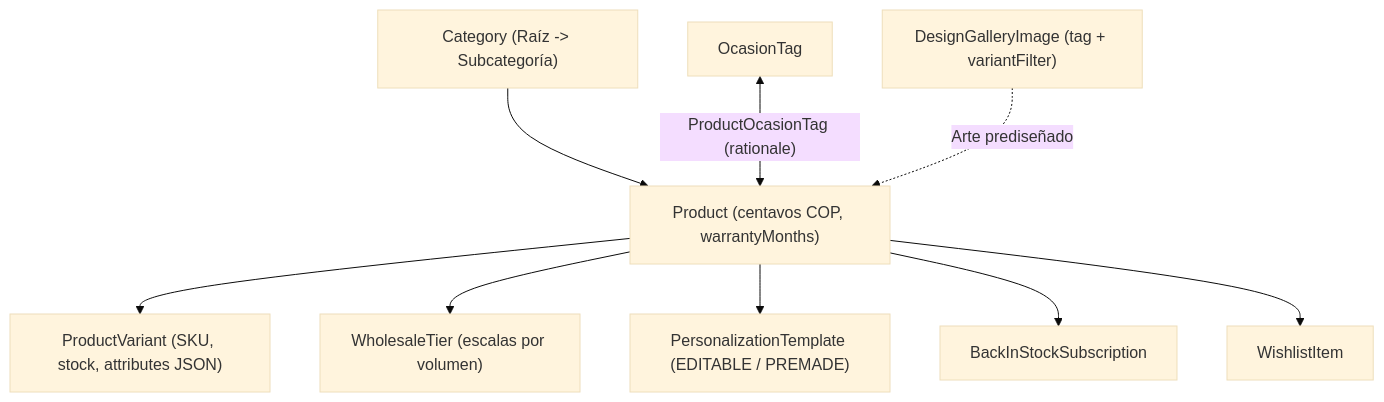
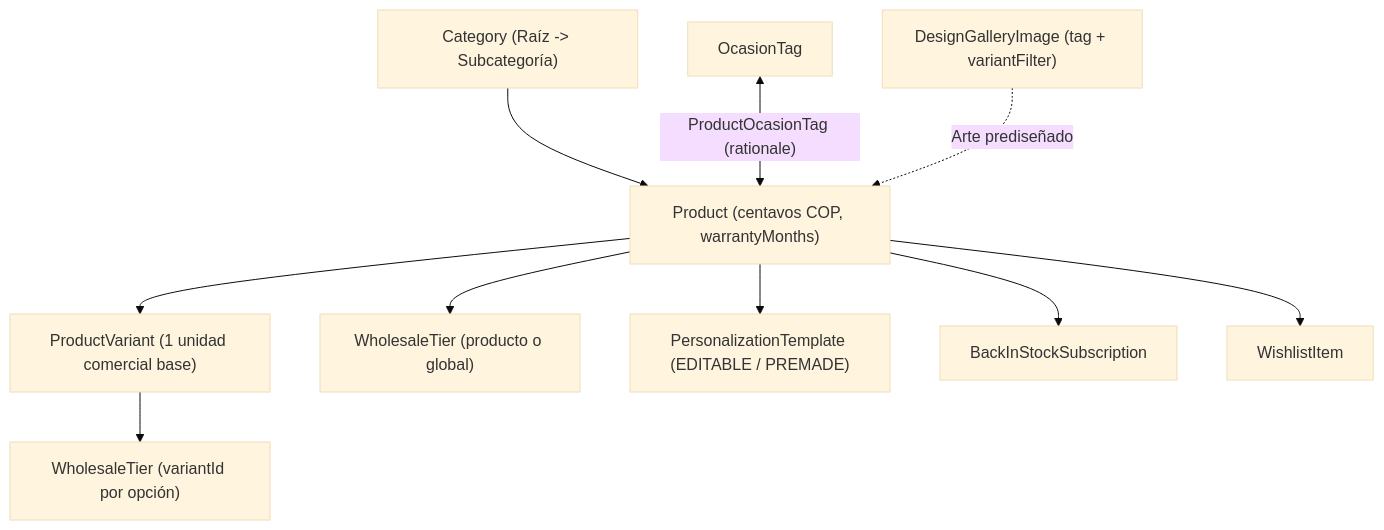
The first of 2 diagrams in docs/domains/catalog-and-cms.md (jullieth93/lucams), drawn with Mermaid (base theme) before and after one commit. The commit also changed other lines of this file and 88 other files, not shown here.

First line of the commit message:
feat: unify base physical options, 3-level wholesale tiers, and batch copies (ADR-209)

````diff
--- a/docs/domains/catalog-and-cms.md
+++ b/docs/domains/catalog-and-cms.md
@@ -11,11 +11,12 @@
 ```mermaid
 flowchart TD
   CAT["Category (Raíz -> Subcategoría)"] --> PROD["Product (centavos COP, warrantyMonths)"]
   OC["OcasionTag"] <-->|"ProductOcasionTag (rationale)"| PROD
-  PROD --> VAR["ProductVariant (SKU, stock, attributes JSON)"]
-  PROD --> WT["WholesaleTier (escalas por volumen)"]
+  PROD --> VAR["ProductVariant (1 unidad comercial base)"]
+  PROD --> WT["WholesaleTier (producto o global)"]
+  VAR --> WT2["WholesaleTier (variantId por opción)"]
   PROD --> TPL["PersonalizationTemplate (EDITABLE / PREMADE)"]
   PROD --> BIS["BackInStockSubscription"]
   PROD --> WL["WishlistItem"]
   DGI["DesignGalleryImage (tag + variantFilter)"] -.->|"Arte prediseñado"| PROD
 ```
````
